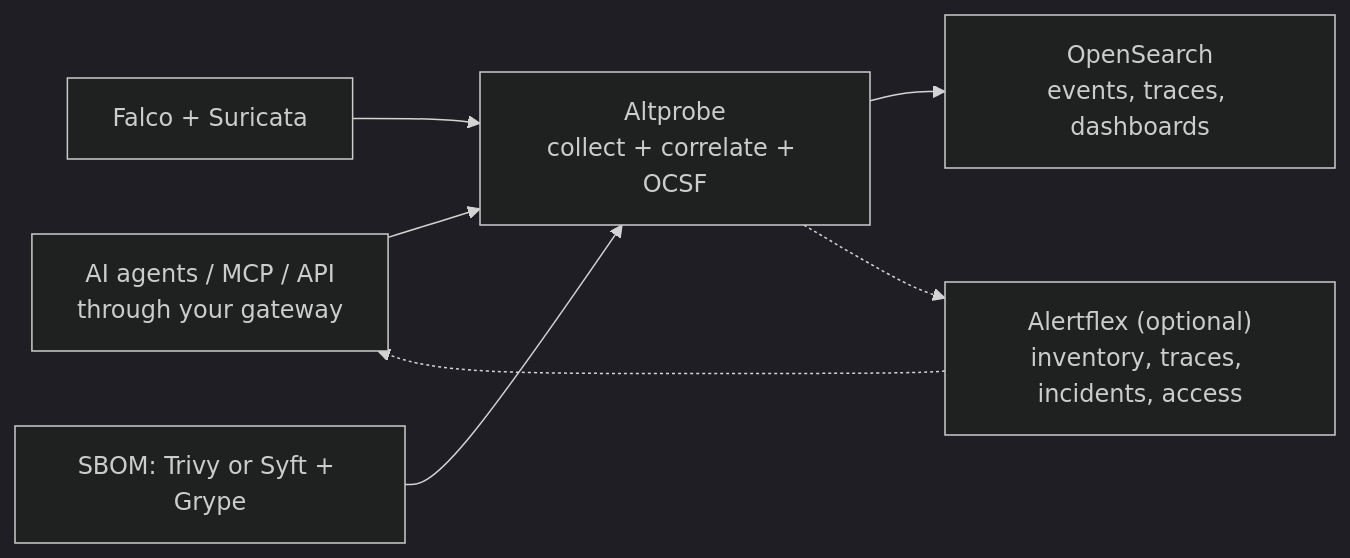
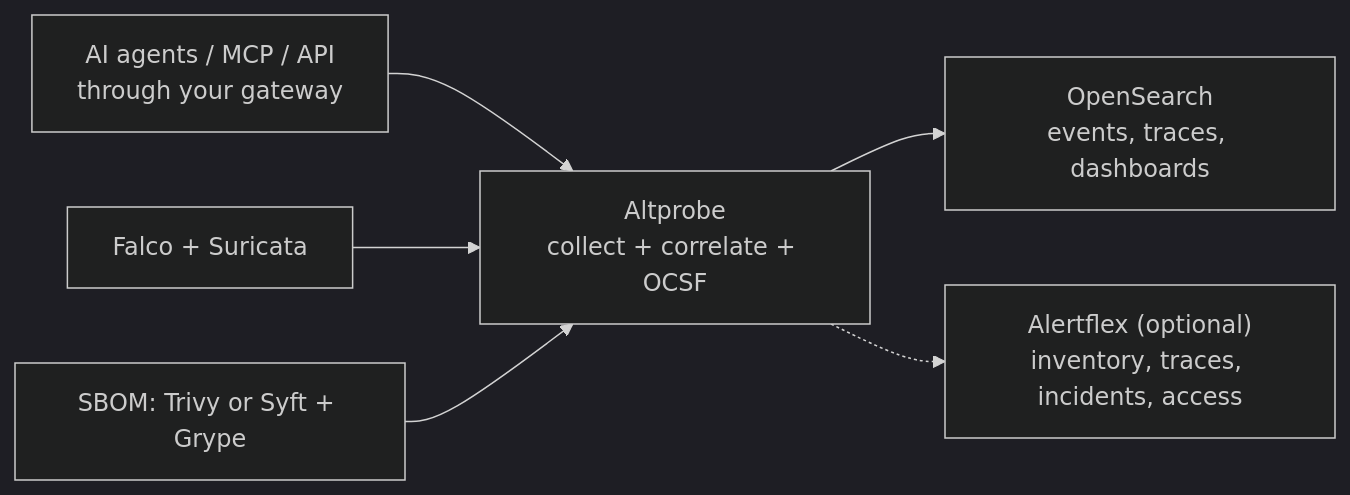
The diagram in README.md (olegzhr/altprobe), drawn with Mermaid (dark theme) before and after one commit.

````diff
--- a/README.md
+++ b/README.md
@@ -34,9 +34,8 @@
 ```mermaid
 flowchart LR
     GW["AI agents / MCP / API<br/>through your gateway"] --> AP["Altprobe<br/>collect + correlate + OCSF"]
     IDS["Falco + Suricata"] --> AP
     SBOM["SBOM: Trivy or Syft + Grype"] --> AP
     AP --> OS["OpenSearch<br/>events, traces, dashboards"]
     AP -.-> AF["Alertflex (optional)<br/>inventory, traces, incidents, access"]
-    AF -.-> GW
 ```
````
